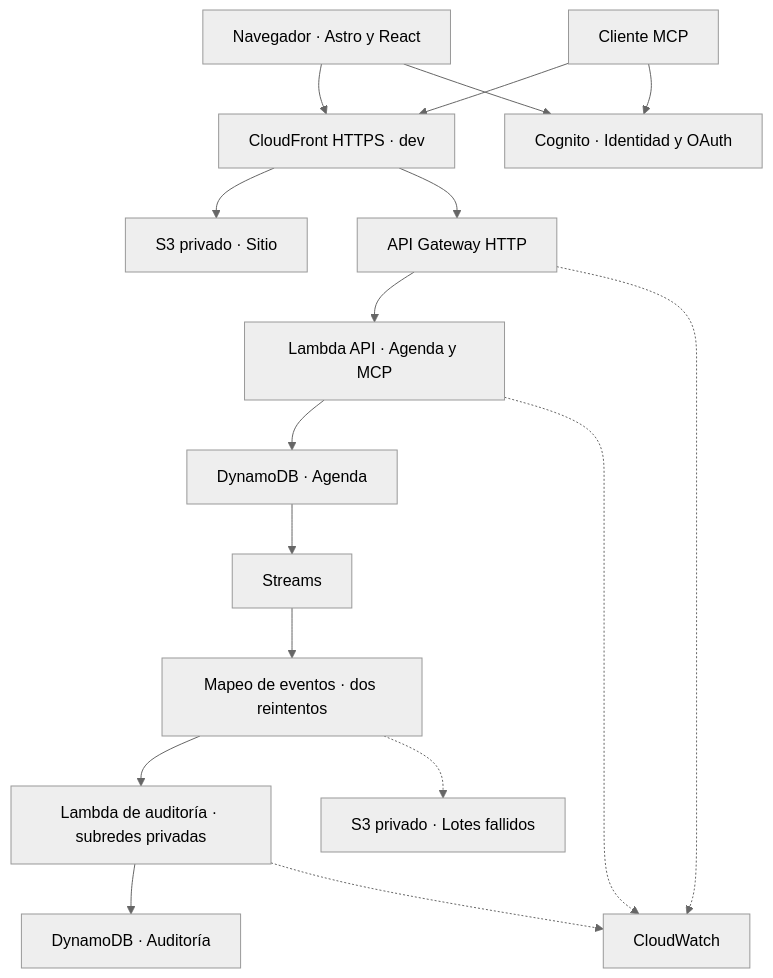
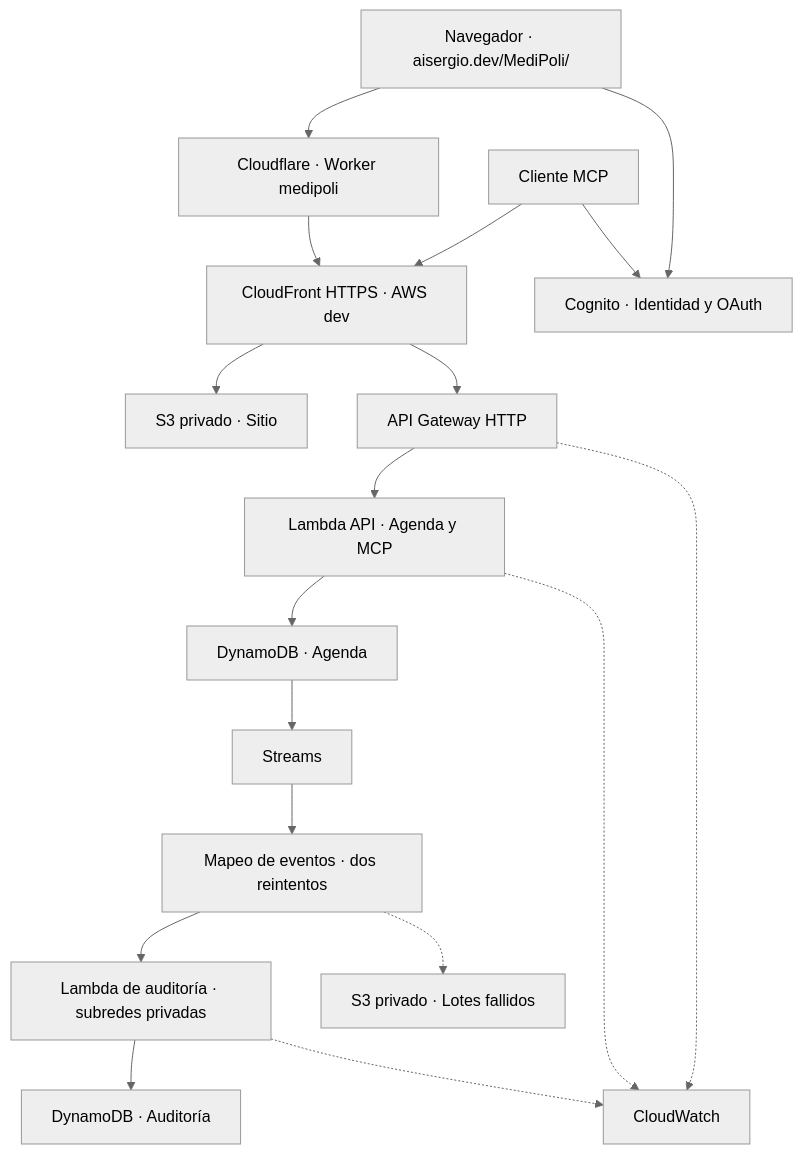
Before and after one commit to aisergio/MediPoli: the diagram in diagramas/u3/01-arquitectura.mmd, drawn with Mermaid (neutral theme). The commit also changed 3 other files, not shown here.

Commit message:
Verifica el portal público y la agenda autenticada de MediPoli

```diff
--- a/diagramas/u3/01-arquitectura.mmd
+++ b/diagramas/u3/01-arquitectura.mmd
@@ -1,14 +1,15 @@
 flowchart TB
-  WEB["Navegador · Astro y React"] --> CF["CloudFront HTTPS · dev"]
+  WEB["Navegador · aisergio.dev/MediPoli/"] --> W["Cloudflare · Worker medipoli"]
+  W --> CF["CloudFront HTTPS · AWS dev"]
   MCP["Cliente MCP"] --> CF
   WEB & MCP --> ID["Cognito · Identidad y OAuth"]
   CF --> STATIC["S3 privado · Sitio"]
   CF --> API["API Gateway HTTP"]
   API --> L["Lambda API · Agenda y MCP"]
   L --> DB["DynamoDB · Agenda"]
   DB --> E["Streams"]
   E --> M["Mapeo de eventos · dos reintentos"]
   M --> A["Lambda de auditoría · subredes privadas"]
   A --> AUD["DynamoDB · Auditoría"]
   M -.-> FAIL["S3 privado · Lotes fallidos"]
   API & L & A -.-> CW["CloudWatch"]
```
